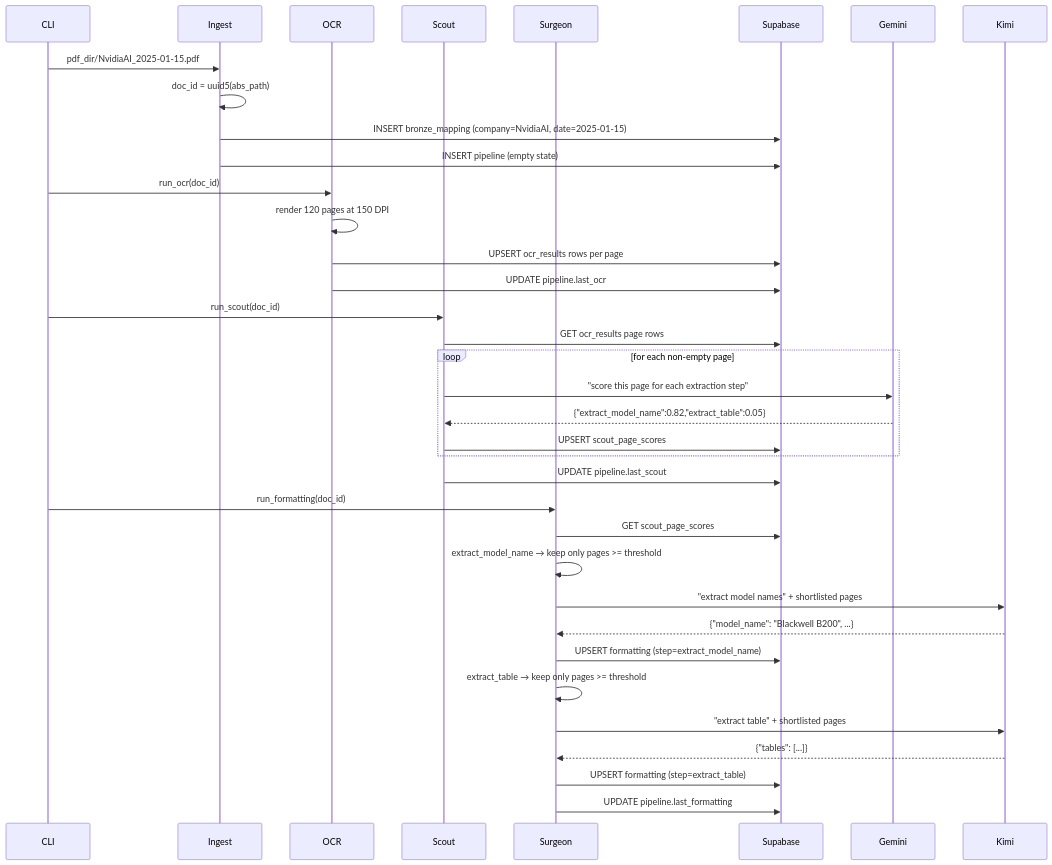
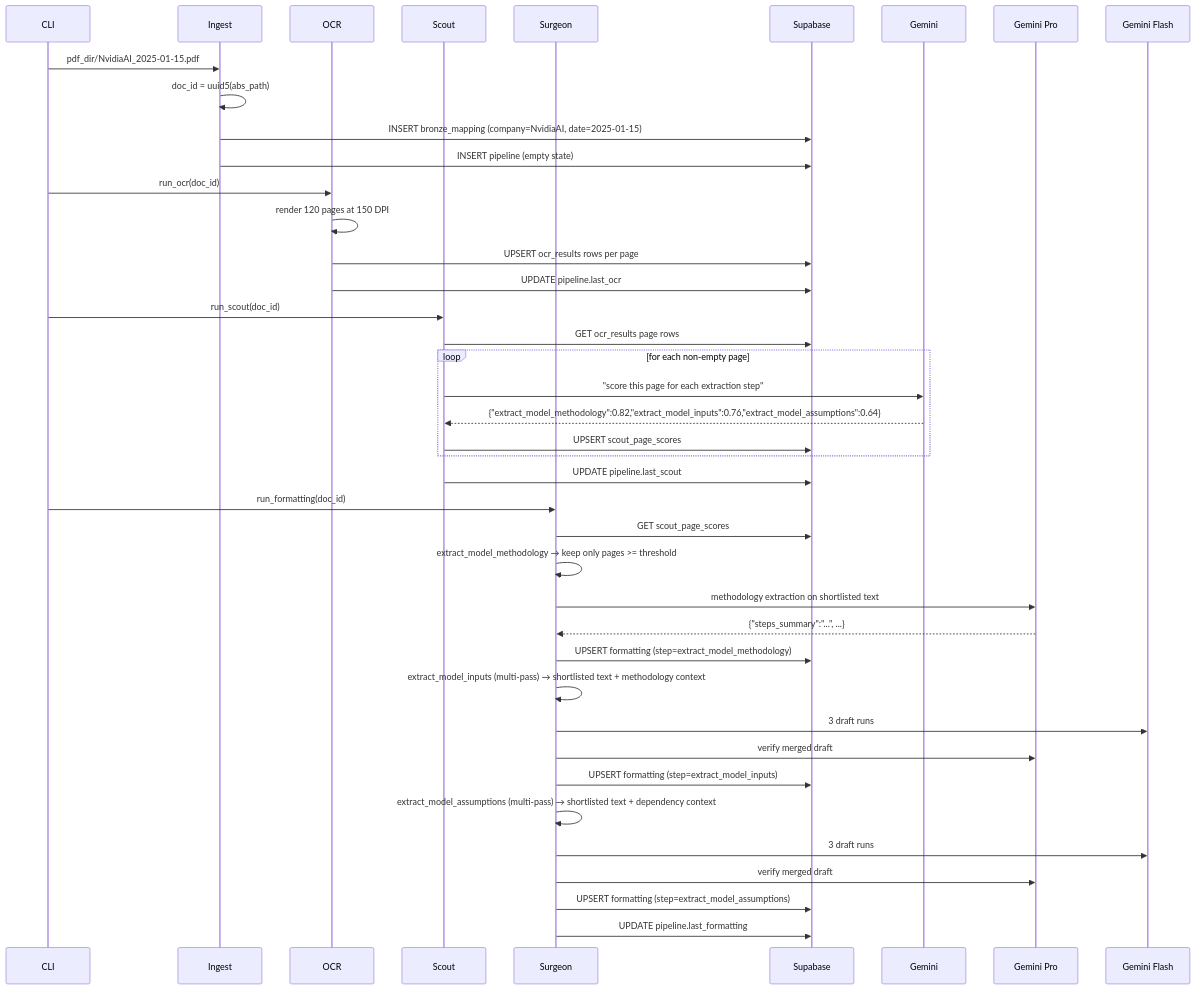
One commit to ArthurrMrv/research_ocr_pipeline changed the eighth of 8 diagrams in README.md. Above: the diagram before and after it, drawn with Mermaid. The commit also changed other lines of this file and 3 other files, not shown here.

````diff
--- a/README.md
+++ b/README.md
@@ -239,39 +253,43 @@
 ```mermaid
 sequenceDiagram
     participant CLI
     participant Ingest
     participant OCR
     participant Scout
     participant Surgeon
 
     CLI->>Ingest: pdf_dir/NvidiaAI_2025-01-15.pdf
     Ingest->>Ingest: doc_id = uuid5(abs_path)
     Ingest->>Supabase: INSERT bronze_mapping (company=NvidiaAI, date=2025-01-15)
     Ingest->>Supabase: INSERT pipeline (empty state)
 
     CLI->>OCR: run_ocr(doc_id)
     OCR->>OCR: render 120 pages at 150 DPI
     OCR->>Supabase: UPSERT ocr_results rows per page
     OCR->>Supabase: UPDATE pipeline.last_ocr
 
     CLI->>Scout: run_scout(doc_id)
     Scout->>Supabase: GET ocr_results page rows
     loop for each non-empty page
         Scout->>Gemini: "score this page for each extraction step"
-        Gemini-->>Scout: {"extract_model_name":0.82,"extract_table":0.05}
+        Gemini-->>Scout: {"extract_model_methodology":0.82,"extract_model_inputs":0.76,"extract_model_assumptions":0.64}
         Scout->>Supabase: UPSERT scout_page_scores
     end
     Scout->>Supabase: UPDATE pipeline.last_scout
 
     CLI->>Surgeon: run_formatting(doc_id)
     Surgeon->>Supabase: GET scout_page_scores
-    Surgeon->>Surgeon: extract_model_name → keep only pages >= threshold
-    Surgeon->>Kimi: "extract model names" + shortlisted pages
-    Kimi-->>Surgeon: {"model_name": "Blackwell B200", ...}
-    Surgeon->>Supabase: UPSERT formatting (step=extract_model_name)
-    Surgeon->>Surgeon: extract_table → keep only pages >= threshold
-    Surgeon->>Kimi: "extract table" + shortlisted pages
-    Kimi-->>Surgeon: {"tables": [...]}
-    Surgeon->>Supabase: UPSERT formatting (step=extract_table)
+    Surgeon->>Surgeon: extract_model_methodology → keep only pages >= threshold
+    Surgeon->>Gemini Pro: methodology extraction on shortlisted text
+    Gemini Pro-->>Surgeon: {"steps_summary":"...", ...}
+    Surgeon->>Supabase: UPSERT formatting (step=extract_model_methodology)
+    Surgeon->>Surgeon: extract_model_inputs (multi-pass) → shortlisted text + methodology context
+    Surgeon->>Gemini Flash: 3 draft runs
+    Surgeon->>Gemini Pro: verify merged draft
+    Surgeon->>Supabase: UPSERT formatting (step=extract_model_inputs)
+    Surgeon->>Surgeon: extract_model_assumptions (multi-pass) → shortlisted text + dependency context
+    Surgeon->>Gemini Flash: 3 draft runs
+    Surgeon->>Gemini Pro: verify merged draft
+    Surgeon->>Supabase: UPSERT formatting (step=extract_model_assumptions)
     Surgeon->>Supabase: UPDATE pipeline.last_formatting
 ```
````
